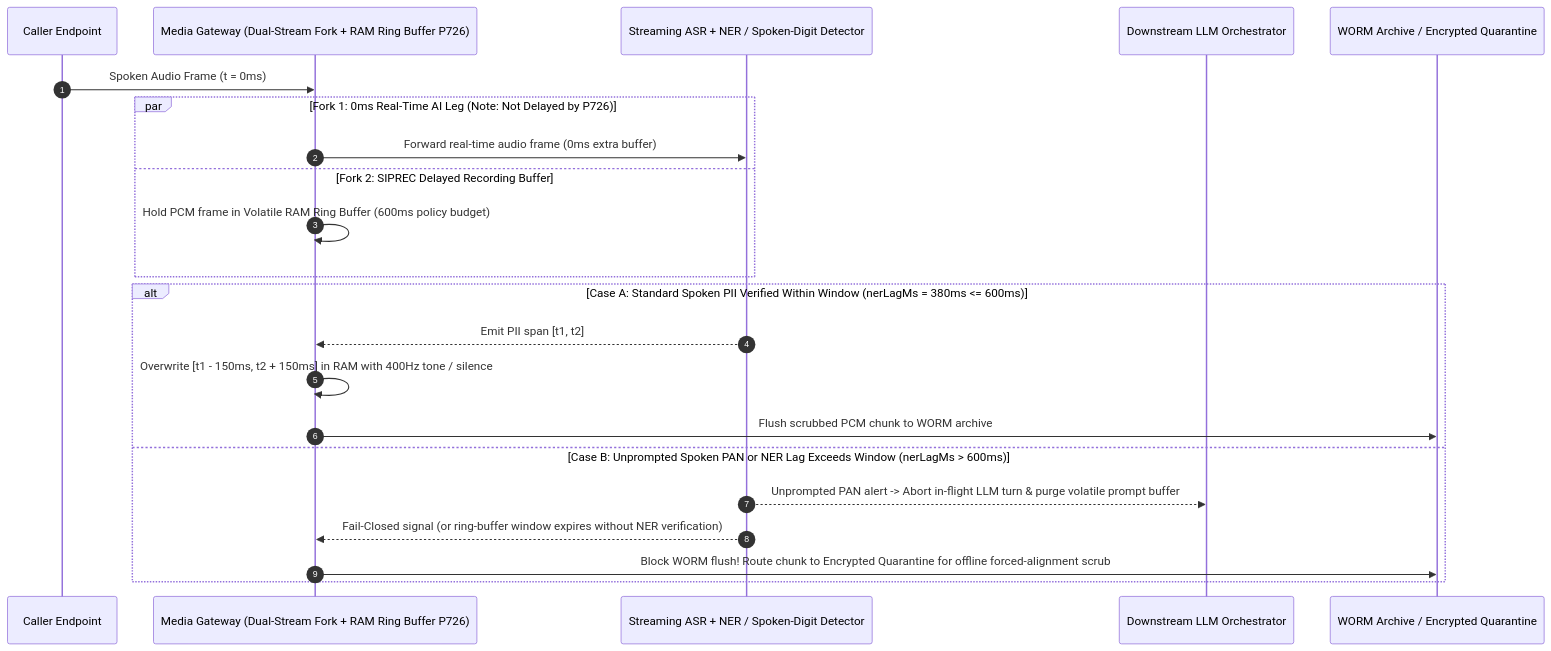
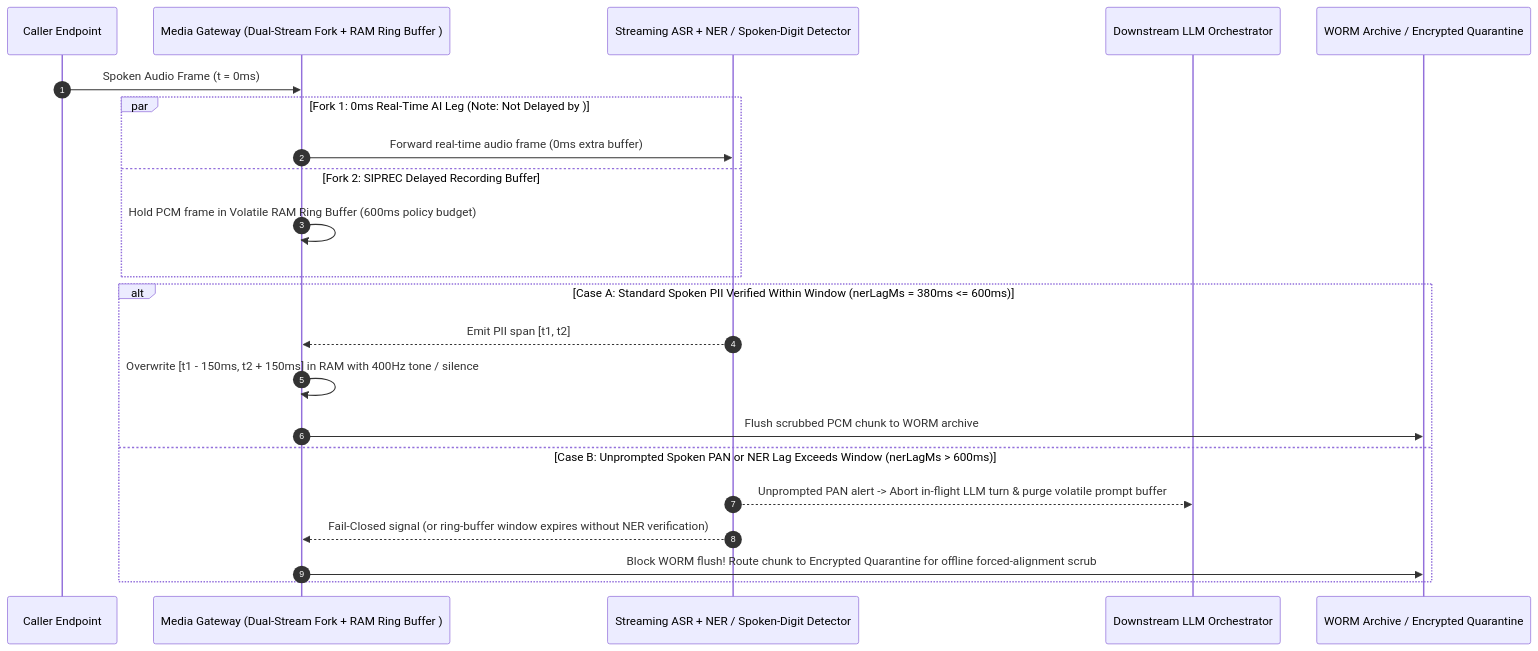
The third of 3 diagrams in docs/siprec-pii-audio-redaction-faq.en.md (turbo998/voice-agent-lab), drawn with Mermaid before and after one commit. The commit also changed other lines of this file and 715 other files, not shown here.

````diff
--- a/docs/siprec-pii-audio-redaction-faq.en.md
+++ b/docs/siprec-pii-audio-redaction-faq.en.md
@@ -101,26 +101,26 @@
 ```mermaid
 sequenceDiagram
-    autonumber
-    participant Caller as Caller Endpoint
-    participant Fork as Media Gateway (Dual-Stream Fork + RAM Ring Buffer P726)
-    participant ASR_NER as Streaming ASR + NER / Spoken-Digit Detector
-    participant LLM as Downstream LLM Orchestrator
-    participant Store as WORM Archive / Encrypted Quarantine
+ autonumber
+ participant Caller as Caller Endpoint
+ participant Fork as Media Gateway (Dual-Stream Fork + RAM Ring Buffer )
+ participant ASR_NER as Streaming ASR + NER / Spoken-Digit Detector
+ participant LLM as Downstream LLM Orchestrator
+ participant Store as WORM Archive / Encrypted Quarantine
 
-    Caller->>Fork: Spoken Audio Frame (t = 0ms)
-    par Fork 1: 0ms Real-Time AI Leg (Note: Not Delayed by P726)
-        Fork->>ASR_NER: Forward real-time audio frame (0ms extra buffer)
-    and Fork 2: SIPREC Delayed Recording Buffer
-        Fork->>Fork: Hold PCM frame in Volatile RAM Ring Buffer (600ms policy budget)
-    end
+ Caller->>Fork: Spoken Audio Frame (t = 0ms)
+ par Fork 1: 0ms Real-Time AI Leg (Note: Not Delayed by )
+ Fork->>ASR_NER: Forward real-time audio frame (0ms extra buffer)
+ and Fork 2: SIPREC Delayed Recording Buffer
+ Fork->>Fork: Hold PCM frame in Volatile RAM Ring Buffer (600ms policy budget)
+ end
 
-    alt Case A: Standard Spoken PII Verified Within Window (nerLagMs = 380ms <= 600ms)
-        ASR_NER-->>Fork: Emit PII span [t1, t2]
-        Fork->>Fork: Overwrite [t1 - 150ms, t2 + 150ms] in RAM with 400Hz tone / silence
-        Fork->>Store: Flush scrubbed PCM chunk to WORM archive
-    else Case B: Unprompted Spoken PAN or NER Lag Exceeds Window (nerLagMs > 600ms)
-        ASR_NER-->>LLM: Unprompted PAN alert -> Abort in-flight LLM turn & purge volatile prompt buffer
-        ASR_NER-->>Fork: Fail-Closed signal (or ring-buffer window expires without NER verification)
-        Fork->>Store: Block WORM flush! Route chunk to Encrypted Quarantine for offline forced-alignment scrub
-    end
+ alt Case A: Standard Spoken PII Verified Within Window (nerLagMs = 380ms <= 600ms)
+ ASR_NER-->>Fork: Emit PII span [t1, t2]
+ Fork->>Fork: Overwrite [t1 - 150ms, t2 + 150ms] in RAM with 400Hz tone / silence
+ Fork->>Store: Flush scrubbed PCM chunk to WORM archive
+ else Case B: Unprompted Spoken PAN or NER Lag Exceeds Window (nerLagMs > 600ms)
+ ASR_NER-->>LLM: Unprompted PAN alert -> Abort in-flight LLM turn & purge volatile prompt buffer
+ ASR_NER-->>Fork: Fail-Closed signal (or ring-buffer window expires without NER verification)
+ Fork->>Store: Block WORM flush! Route chunk to Encrypted Quarantine for offline forced-alignment scrub
+ end
 ```
````
